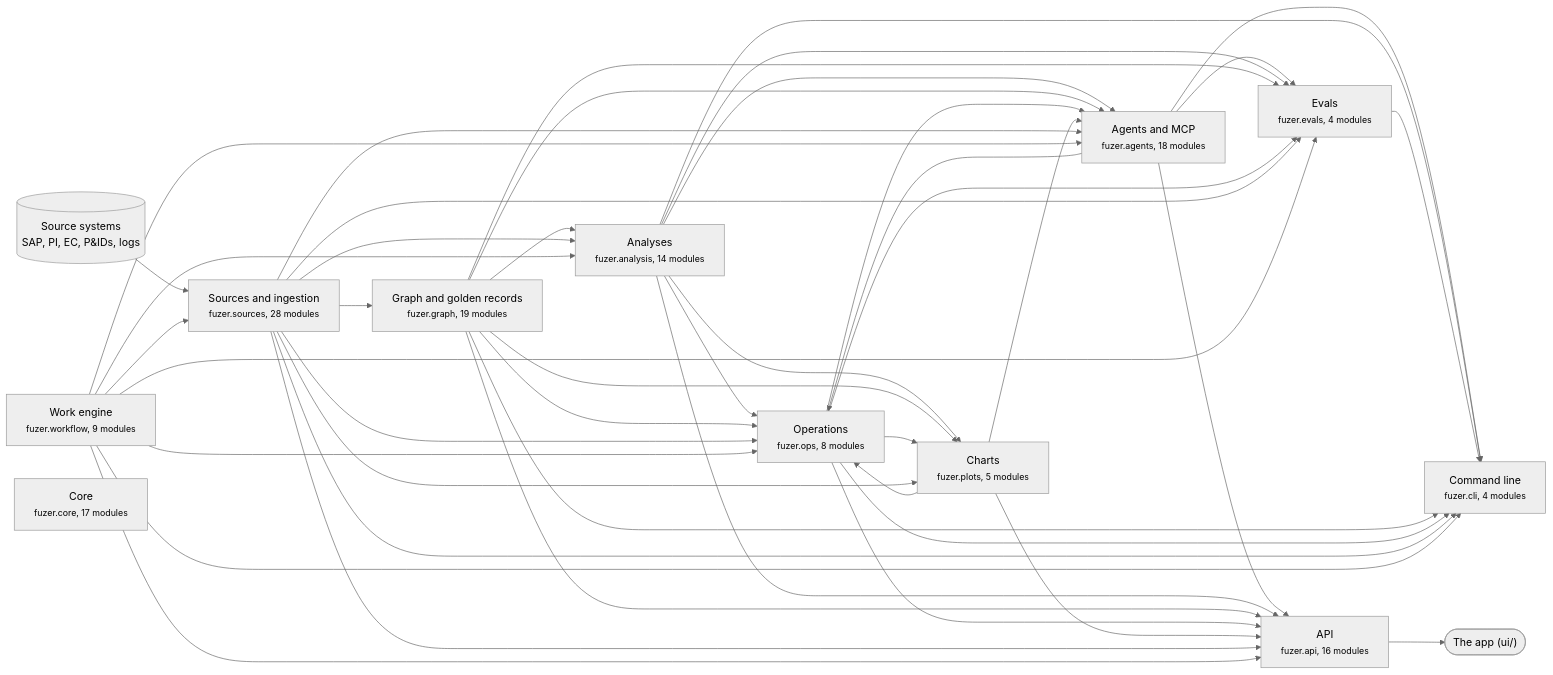
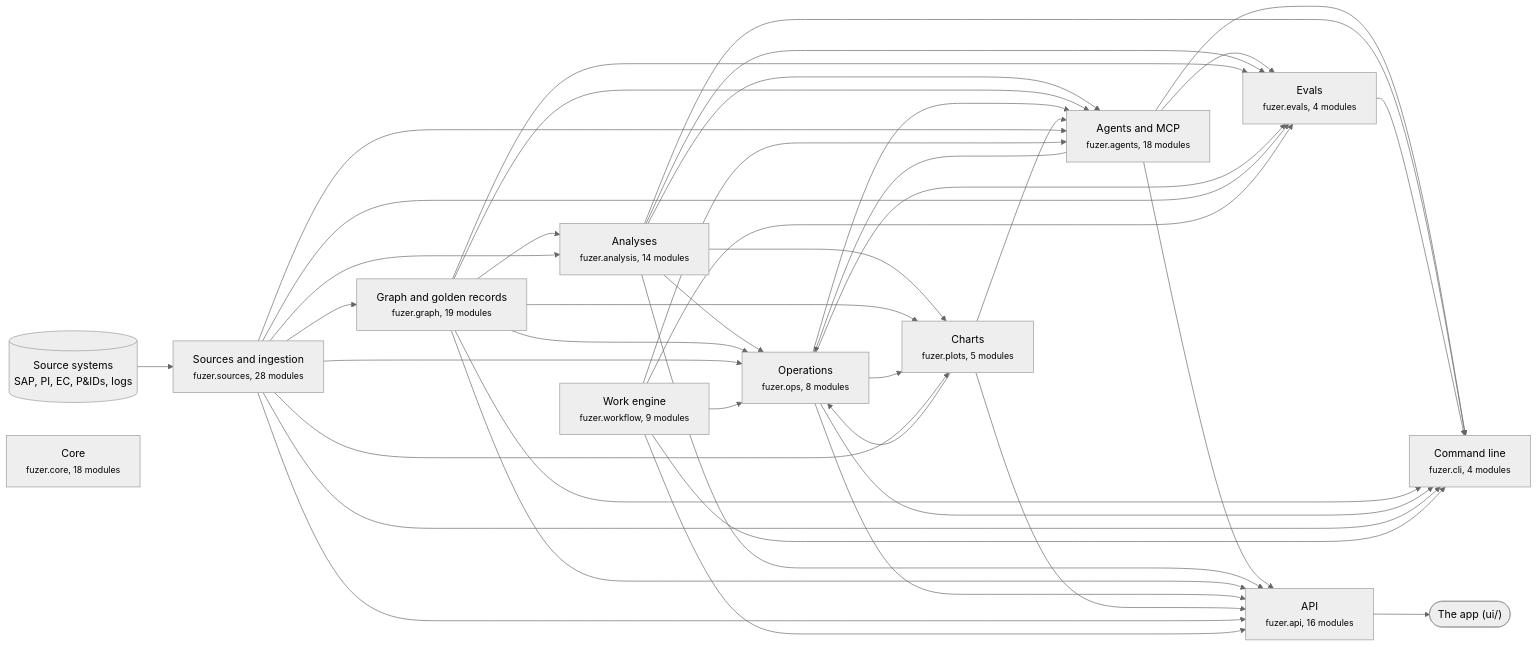
Before and after one commit to areed145/fuzer: the first of 3 diagrams in docs/architecture.md, drawn with Mermaid (neutral theme). The commit also changed other lines of this file and 11 other files, not shown here.

````diff
--- a/docs/architecture.md
+++ b/docs/architecture.md
@@ -8,69 +8,67 @@
 ```mermaid
 flowchart LR
   systems[("Source systems<br>SAP, PI, EC, P&IDs, logs")] --> c_sources
   app(["The app (ui/)"])
   c_api --> app
   c_sources["Sources and ingestion<br><small>fuzer.sources, 28 modules</small>"]
   c_graph["Graph and golden records<br><small>fuzer.graph, 19 modules</small>"]
   c_analysis["Analyses<br><small>fuzer.analysis, 14 modules</small>"]
   c_ops["Operations<br><small>fuzer.ops, 8 modules</small>"]
   c_plots["Charts<br><small>fuzer.plots, 5 modules</small>"]
   c_workflow["Work engine<br><small>fuzer.workflow, 9 modules</small>"]
   c_agents["Agents and MCP<br><small>fuzer.agents, 18 modules</small>"]
   c_evals["Evals<br><small>fuzer.evals, 4 modules</small>"]
   c_api["API<br><small>fuzer.api, 16 modules</small>"]
   c_cli["Command line<br><small>fuzer.cli, 4 modules</small>"]
-  c_core["Core<br><small>fuzer.core, 17 modules</small>"]
-  c_workflow --> c_sources
+  c_core["Core<br><small>fuzer.core, 18 modules</small>"]
   c_sources --> c_graph
   c_graph --> c_analysis
   c_sources --> c_analysis
-  c_workflow --> c_analysis
   c_agents --> c_ops
   c_analysis --> c_ops
   c_graph --> c_ops
   c_plots --> c_ops
   c_sources --> c_ops
   c_workflow --> c_ops
   c_analysis --> c_plots
   c_graph --> c_plots
   c_ops --> c_plots
   c_sources --> c_plots
   c_analysis --> c_agents
   c_graph --> c_agents
   c_ops --> c_agents
   c_plots --> c_agents
   c_sources --> c_agents
   c_workflow --> c_agents
   c_agents --> c_evals
   c_analysis --> c_evals
   c_graph --> c_evals
   c_ops --> c_evals
   c_sources --> c_evals
   c_workflow --> c_evals
   c_agents --> c_api
   c_analysis --> c_api
   c_graph --> c_api
   c_ops --> c_api
   c_plots --> c_api
   c_sources --> c_api
   c_workflow --> c_api
   c_agents --> c_cli
   c_analysis --> c_cli
   c_evals --> c_cli
   c_graph --> c_cli
   c_ops --> c_cli
   c_sources --> c_cli
   c_workflow --> c_cli
   click c_sources "https://github.com/areed145/fuzer/tree/main/src/fuzer/sources"
   click c_graph "https://github.com/areed145/fuzer/tree/main/src/fuzer/graph"
   click c_analysis "https://github.com/areed145/fuzer/tree/main/src/fuzer/analysis"
   click c_ops "https://github.com/areed145/fuzer/tree/main/src/fuzer/ops"
   click c_plots "https://github.com/areed145/fuzer/tree/main/src/fuzer/plots"
   click c_workflow "https://github.com/areed145/fuzer/tree/main/src/fuzer/workflow"
   click c_agents "https://github.com/areed145/fuzer/tree/main/src/fuzer/agents"
   click c_evals "https://github.com/areed145/fuzer/tree/main/src/fuzer/evals"
   click c_api "https://github.com/areed145/fuzer/tree/main/src/fuzer/api"
   click c_cli "https://github.com/areed145/fuzer/tree/main/src/fuzer/cli"
   click c_core "https://github.com/areed145/fuzer/tree/main/src/fuzer/core"
 ```
````
